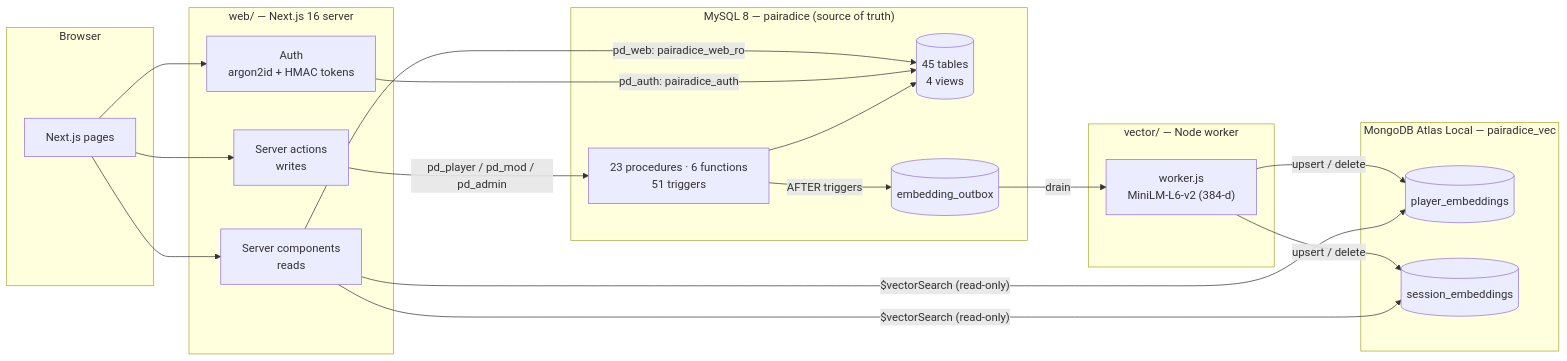
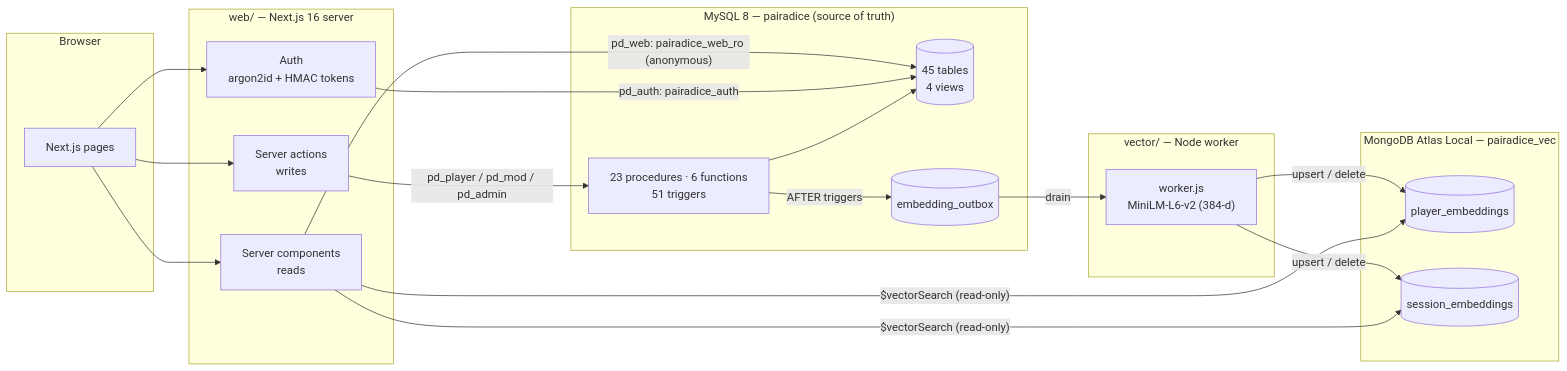
Before and after one commit to CloudStone16/Pairadice: the diagram in README.md, drawn with Mermaid. The commit also changed other lines of this file and 1 other file, not shown here.

````diff
--- a/README.md
+++ b/README.md
@@ -49,37 +49,37 @@
 ```mermaid
 flowchart LR
   subgraph Browser
     UI["Next.js pages"]
   end
 
   subgraph Web["web/ — Next.js 16 server"]
     RSC["Server components<br/>reads"]
     SA["Server actions<br/>writes"]
     AUTH["Auth<br/>argon2id + HMAC tokens"]
   end
 
   subgraph MySQL["MySQL 8 — pairadice (source of truth)"]
     T[("45 tables<br/>4 views")]
     R["23 procedures · 6 functions<br/>51 triggers"]
     OB[("embedding_outbox")]
   end
 
   subgraph Vec["vector/ — Node worker"]
     W["worker.js<br/>MiniLM-L6-v2 (384-d)"]
   end
 
   subgraph Mongo["MongoDB Atlas Local — pairadice_vec"]
     PE[("player_embeddings")]
     SE[("session_embeddings")]
   end
 
   UI --> RSC & SA & AUTH
-  RSC -- "pd_web: pairadice_web_ro" --> T
+  RSC -- "pd_web: pairadice_web_ro (anonymous)" --> T
   AUTH -- "pd_auth: pairadice_auth" --> T
   SA -- "pd_player / pd_mod / pd_admin" --> R
   R --> T
   R -- "AFTER triggers" --> OB
   OB -- "drain" --> W
   W -- "upsert / delete" --> PE & SE
   RSC -- "$vectorSearch (read-only)" --> PE & SE
 ```
````
